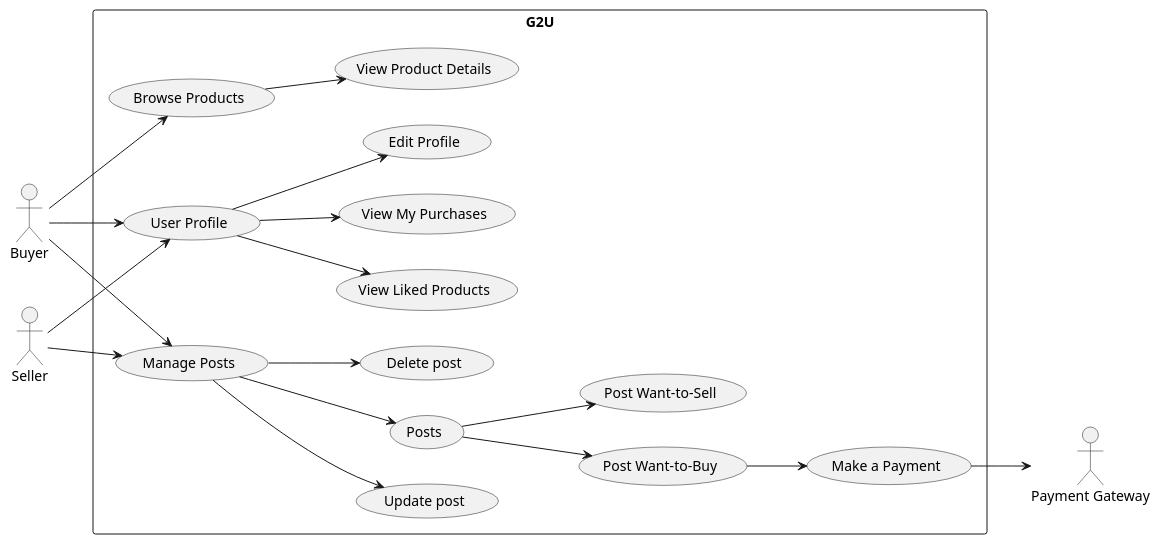
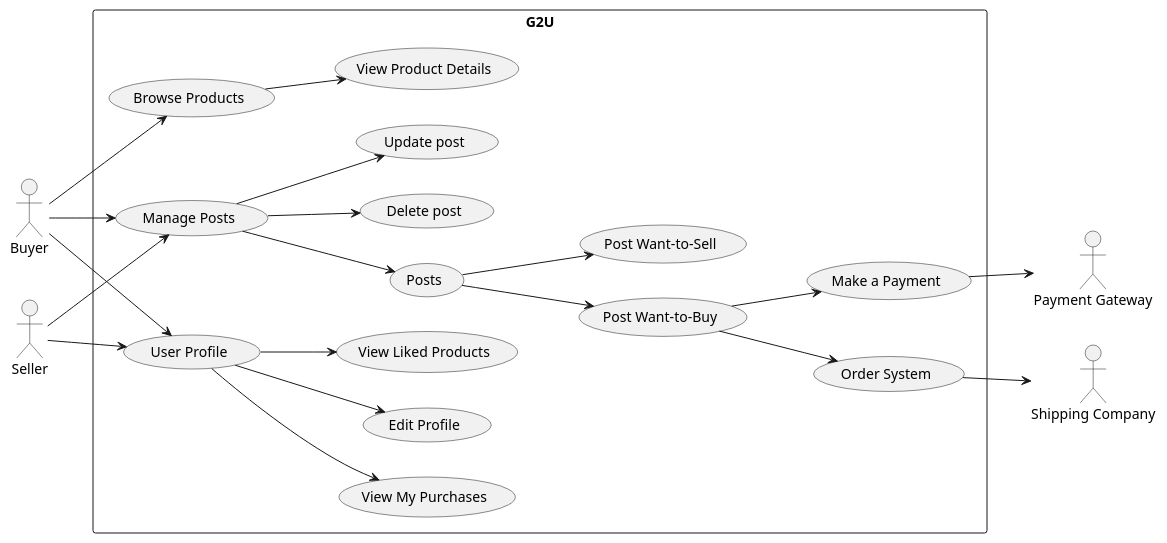
The diagram in arch/10_usecase_overall.puml (G2U-CPE36/G2U_docs), drawn with PlantUML before and after one commit.

Commit message:
Add: include Shipping Company actor and Order System use case in overall use case diagram

```diff
--- a/arch/10_usecase_overall.puml
+++ b/arch/10_usecase_overall.puml
@@ -1,47 +1,51 @@
 @startuml
 left to right direction
 
 actor "Buyer" as Buyer
 actor "Seller" as Seller
 actor "Payment Gateway" as PaymentGateway
+actor "Shipping Company" as ShippingCompany
 
 rectangle "G2U" {
     usecase "Browse Products" as BrowseProduct
     usecase "View Product Details" as ViewProduct
     usecase "User Profile" as UserProfile
     usecase "Edit Profile" as EditProfile
     usecase "View Liked Products" as LikedProducts
     usecase "View My Purchases" as MyPurchases
     usecase "Manage Posts" as ManagePosts
     usecase "Post Want-to-Buy" as WantToBuy
     usecase "Post Want-to-Sell" as WantToSell
     usecase "Make a Payment" as MakePayment
     usecase "Delete post" as DeletePost
     usecase "Update post" as UpdatePost
     usecase "Posts" as Posts
+    usecase "Order System" as OrderSystem
 }
 
 Buyer--> BrowseProduct
 Buyer --> UserProfile
 Buyer --> ManagePosts
 
 Seller --> UserProfile
 Seller --> ManagePosts
 
 BrowseProduct --> ViewProduct
 
 
 ManagePosts --> DeletePost
 ManagePosts --> UpdatePost
 ManagePosts --> Posts
 
 Posts--> WantToBuy
 Posts--> WantToSell
 
-UserProfile -->LikedProducts
-UserProfile -->EditProfile
-UserProfile -->MyPurchases
+UserProfile --> LikedProducts
+UserProfile --> EditProfile
+UserProfile --> MyPurchases
 
-WantToBuy -->MakePayment
-MakePayment -->PaymentGateway
+WantToBuy --> MakePayment
+WantToBuy  --> OrderSystem
+OrderSystem --> ShippingCompany
+MakePayment --> PaymentGateway
 @enduml
```
